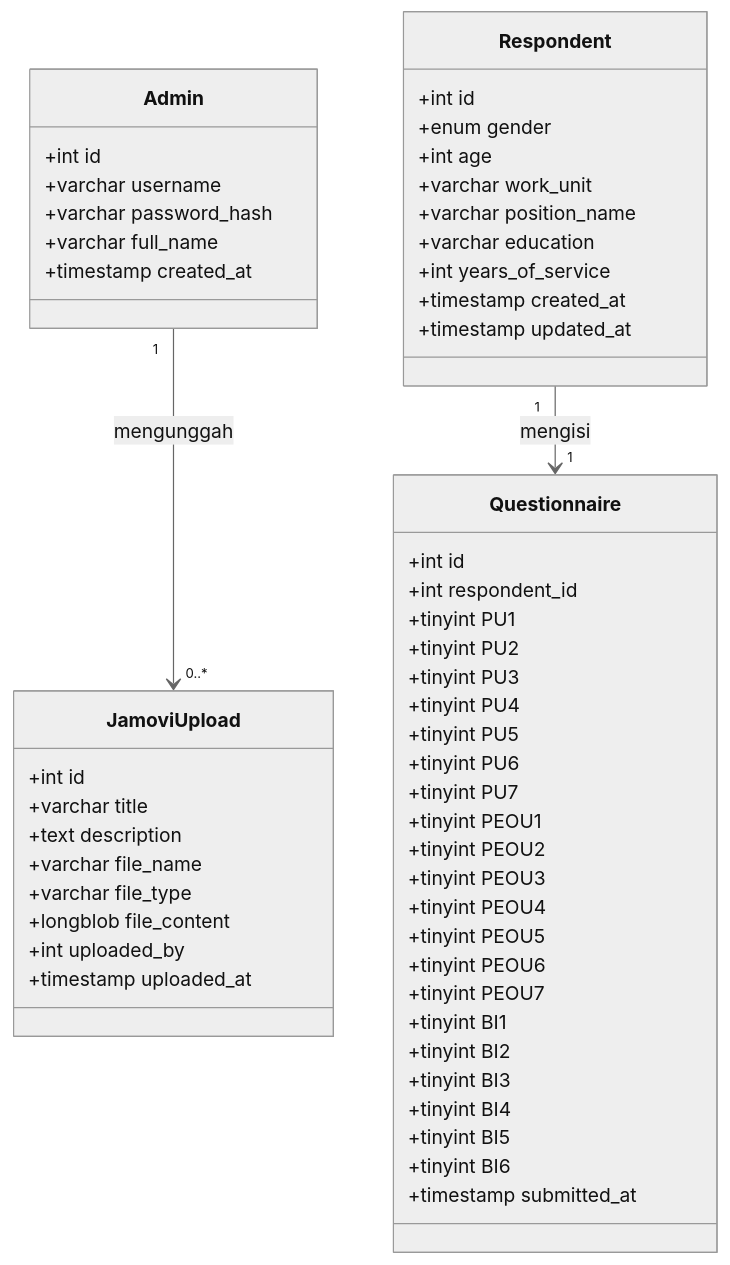
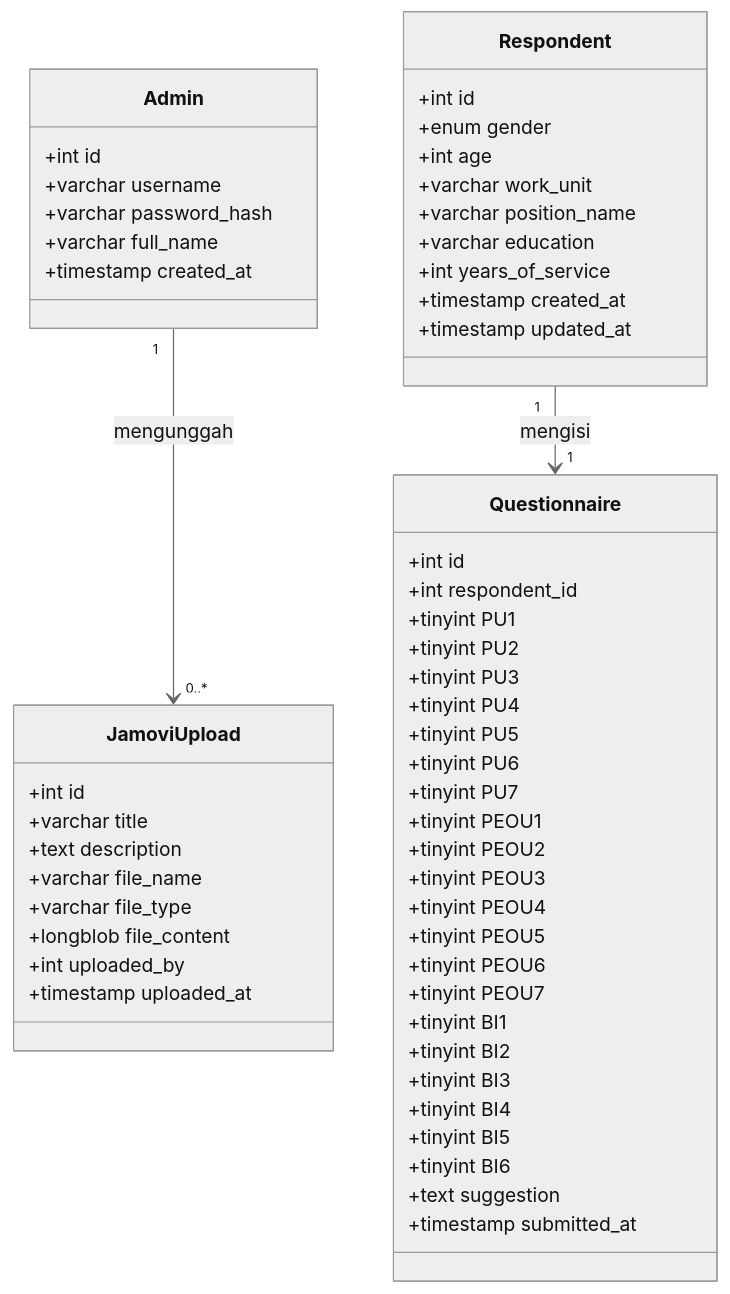
Before and after one commit to Gin-Gone26/dashboard-evaluasi-bebeong: the diagram in docs/desain_database.md, drawn with Mermaid (neutral theme). The commit also changed other lines of this file and 15 other files, not shown here.

````diff
--- a/docs/desain_database.md
+++ b/docs/desain_database.md
@@ -7,62 +7,63 @@
 ```mermaid
 classDiagram
     class Admin {
         +int id
         +varchar username
         +varchar password_hash
         +varchar full_name
         +timestamp created_at
     }
 
     class Respondent {
         +int id
         +enum gender
         +int age
         +varchar work_unit
         +varchar position_name
         +varchar education
         +int years_of_service
         +timestamp created_at
         +timestamp updated_at
     }
 
     class Questionnaire {
         +int id
         +int respondent_id
         +tinyint PU1
         +tinyint PU2
         +tinyint PU3
         +tinyint PU4
         +tinyint PU5
         +tinyint PU6
         +tinyint PU7
         +tinyint PEOU1
         +tinyint PEOU2
         +tinyint PEOU3
         +tinyint PEOU4
         +tinyint PEOU5
         +tinyint PEOU6
         +tinyint PEOU7
         +tinyint BI1
         +tinyint BI2
         +tinyint BI3
         +tinyint BI4
         +tinyint BI5
         +tinyint BI6
+        +text suggestion
         +timestamp submitted_at
     }
 
     class JamoviUpload {
         +int id
         +varchar title
         +text description
         +varchar file_name
         +varchar file_type
         +longblob file_content
         +int uploaded_by
         +timestamp uploaded_at
     }
 
     Respondent "1" --> "1" Questionnaire : mengisi
     Admin "1" --> "0..*" JamoviUpload : mengunggah
 ```
````
